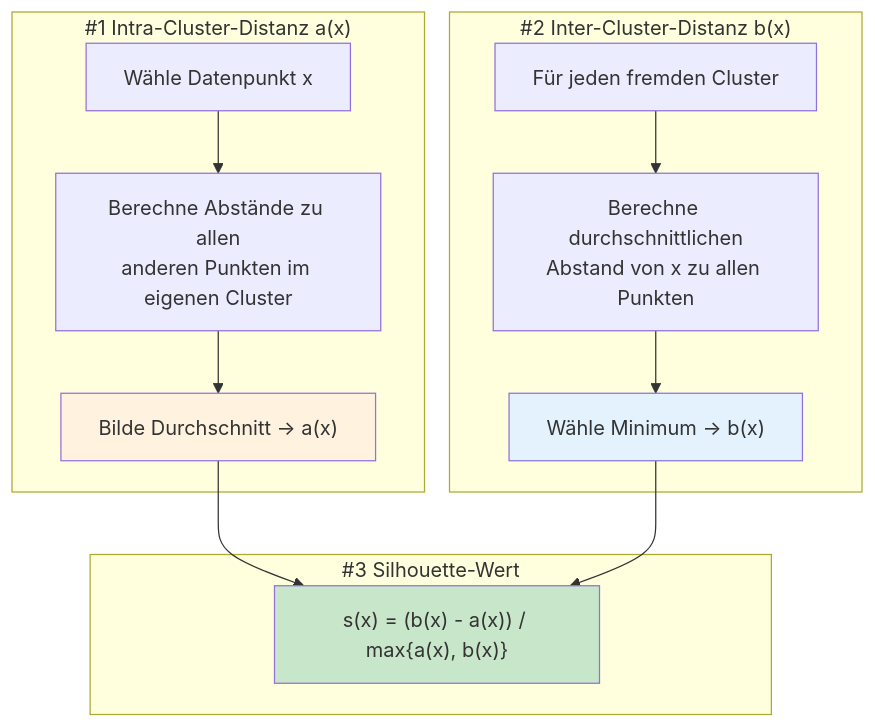
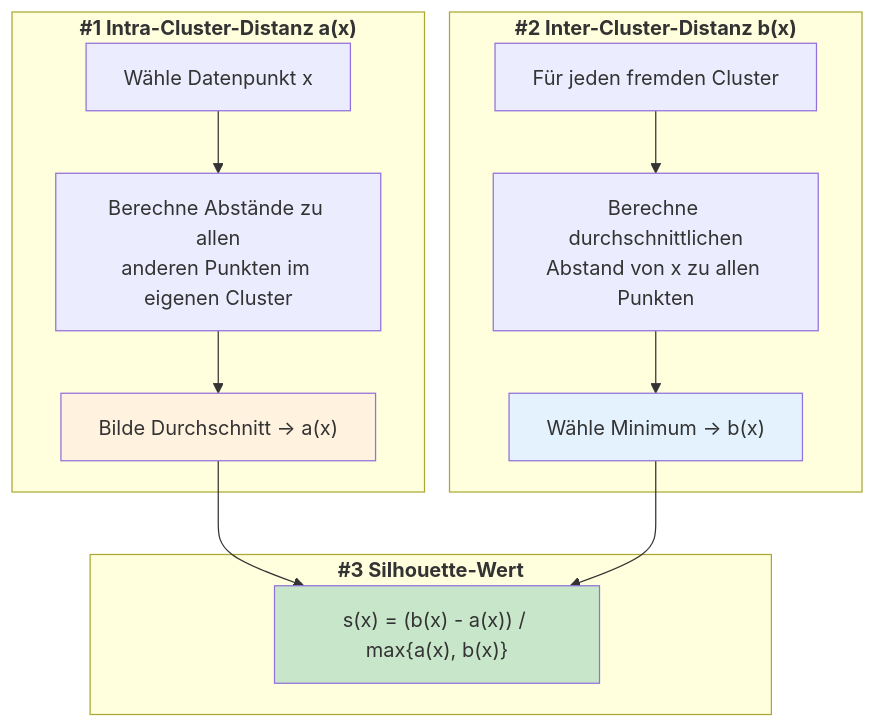
Before and after one commit to ralf-42/ML_Intro: the second of 4 diagrams in docs/concepts/evaluate/bewertung_clustering.md, drawn with Mermaid. The commit also changed other lines of this file and 7 other files, not shown here.

````diff
--- a/docs/concepts/evaluate/bewertung_clustering.md
+++ b/docs/concepts/evaluate/bewertung_clustering.md
@@ -74,23 +74,23 @@
 ```mermaid
 flowchart TD
-    subgraph Schritt1["#1 Intra-Cluster-Distanz a(x)"]
+    subgraph Schritt1["<b>#1 Intra-Cluster-Distanz a(x)"]
         A1[Wähle Datenpunkt x] --> A2[Berechne Abstände zu allen<br/>anderen Punkten im eigenen Cluster]
         A2 --> A3[Bilde Durchschnitt → a#40;x#41;]
     end
     
-    subgraph Schritt2["#2 Inter-Cluster-Distanz b(x)"]
+    subgraph Schritt2["<b>#2 Inter-Cluster-Distanz b(x)"]
         B1[Für jeden fremden Cluster] --> B2[Berechne durchschnittlichen<br/>Abstand von x zu allen Punkten]
         B2 --> B3[Wähle Minimum → b#40;x#41;]
     end
     
-    subgraph Schritt3["#3 Silhouette-Wert"]
+    subgraph Schritt3["<b>#3 Silhouette-Wert"]
         C1["s(x) = (b(x) - a(x)) / max{a(x), b(x)}"]
     end
     
     A3 --> C1
     B3 --> C1
     
     style A3 fill:#fff3e0
     style B3 fill:#e3f2fd
     style C1 fill:#c8e6c9
 ```
````
